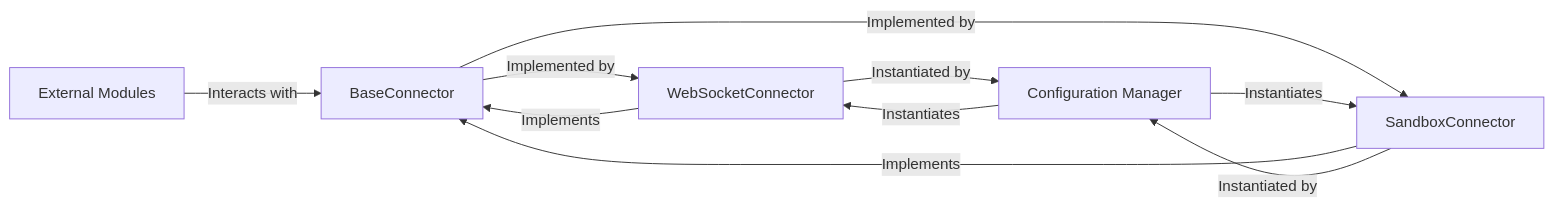
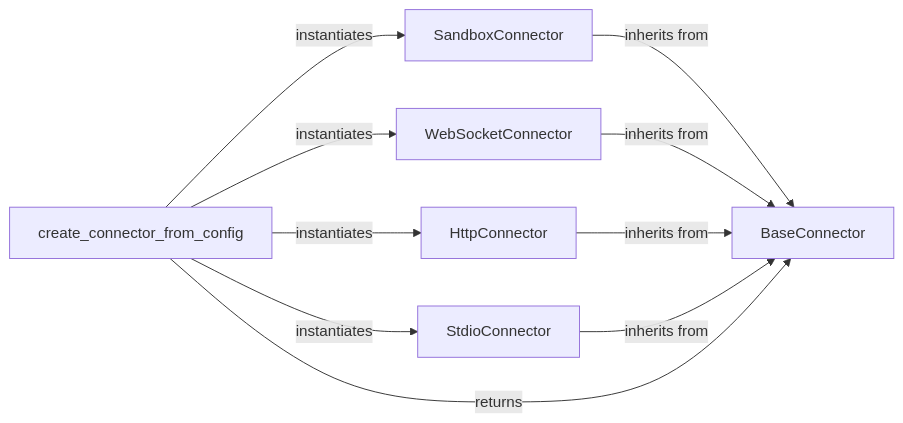
Before and after one commit to mcp-use/mcp-use: the fourth of 8 diagrams in docs/development/architecture.mdx, drawn with Mermaid. The commit also changed other lines of this file and 30 other files, not shown here.

First line of the commit message:
docs: update codeboarding documentation and generate architecture

````diff
--- a/docs/development/architecture.mdx
+++ b/docs/development/architecture.mdx
@@ -280,17 +177,18 @@
 ```mermaid
 graph LR
     BaseConnector["BaseConnector"]
+    SandboxConnector["SandboxConnector"]
     WebSocketConnector["WebSocketConnector"]
-    SandboxConnector["SandboxConnector"]
-    Configuration_Manager["Configuration Manager"]
-    External_Modules["External Modules"]
-    BaseConnector -- "Implemented by" --> WebSocketConnector
-    BaseConnector -- "Implemented by" --> SandboxConnector
-    WebSocketConnector -- "Implements" --> BaseConnector
-    WebSocketConnector -- "Instantiated by" --> Configuration_Manager
-    SandboxConnector -- "Implements" --> BaseConnector
-    SandboxConnector -- "Instantiated by" --> Configuration_Manager
-    Configuration_Manager -- "Instantiates" --> WebSocketConnector
-    Configuration_Manager -- "Instantiates" --> SandboxConnector
-    External_Modules -- "Interacts with" --> BaseConnector
+    HttpConnector["HttpConnector"]
+    StdioConnector["StdioConnector"]
+    create_connector_from_config["create_connector_from_config"]
+    SandboxConnector -- "inherits from" --> BaseConnector
+    WebSocketConnector -- "inherits from" --> BaseConnector
+    HttpConnector -- "inherits from" --> BaseConnector
+    StdioConnector -- "inherits from" --> BaseConnector
+    create_connector_from_config -- "instantiates" --> SandboxConnector
+    create_connector_from_config -- "instantiates" --> WebSocketConnector
+    create_connector_from_config -- "instantiates" --> HttpConnector
+    create_connector_from_config -- "instantiates" --> StdioConnector
+    create_connector_from_config -- "returns" --> BaseConnector
 ```
````
